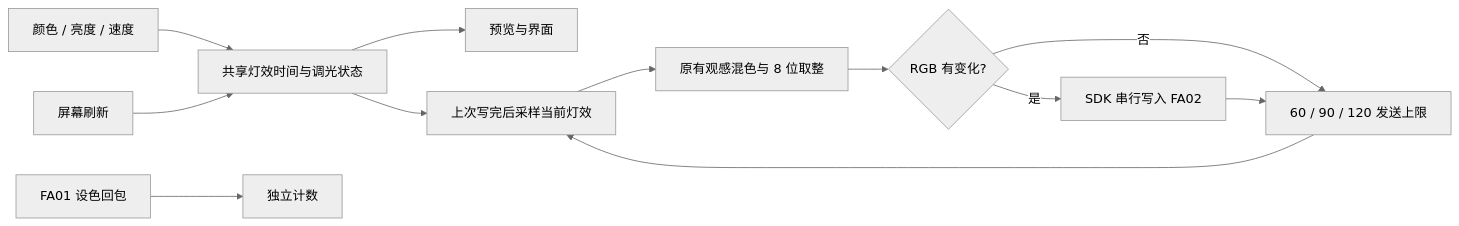
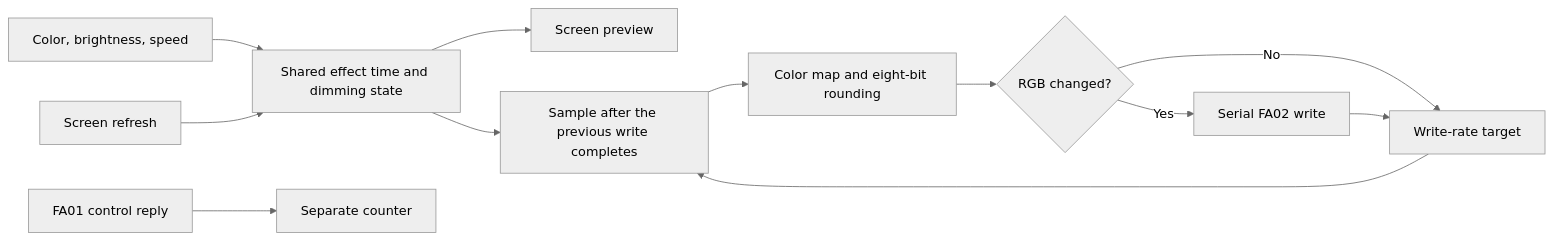
The diagram in docs/OUTPUT-TIMING.md (CloudyMoonShape/wuwa-lightstick), drawn with Mermaid (neutral theme) before and after one commit. The commit also changed other lines of this file and 68 other files, not shown here.

````diff
--- a/docs/OUTPUT-TIMING.md
+++ b/docs/OUTPUT-TIMING.md
@@ -9,14 +11,14 @@
 ```mermaid
 flowchart LR
-    Controls[颜色 / 亮度 / 速度] --> Scene[共享灯效时间与调光状态]
-    Screen[屏幕刷新] --> Scene
-    Scene --> Preview[预览与界面]
-    Timer[60 / 90 / 120 发送上限] --> Fresh[上次写完后采样当前灯效]
-    Scene --> Fresh
-    Fresh --> Mix[原有观感混色与 8 位取整]
-    Mix --> Changed{RGB 有变化?}
-    Changed -->|是| SDK[SDK 串行写入 FA02]
-    Changed -->|否| Timer
-    SDK --> Timer
-    Device[FA01 设色回包] --> Counter[独立计数]
+  Controls[Color, brightness, speed] --> Scene[Shared effect time and dimming state]
+  Screen[Screen refresh] --> Scene
+  Scene --> Preview[Screen preview]
+  Timer[Write-rate target] --> Fresh[Sample after the previous write completes]
+  Scene --> Fresh
+  Fresh --> Mix[Color map and eight-bit rounding]
+  Mix --> Changed{RGB changed?}
+  Changed -->|Yes| SDK[Serial FA02 write]
+  Changed -->|No| Timer
+  SDK --> Timer
+  Device[FA01 control reply] --> Counter[Separate counter]
 ```
````
